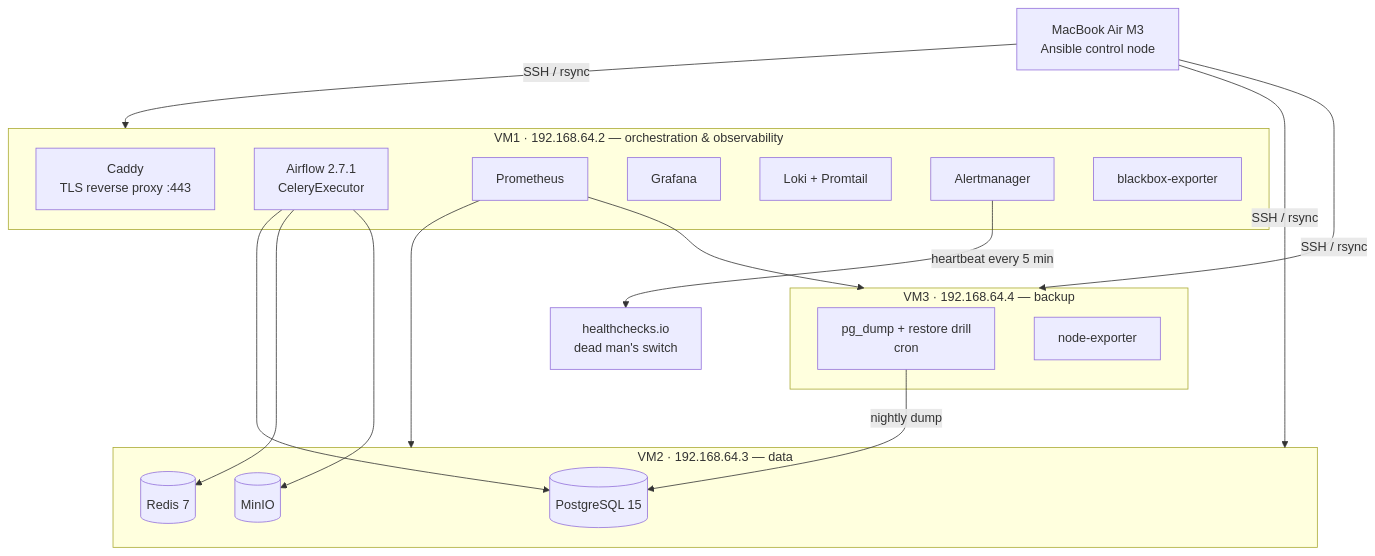
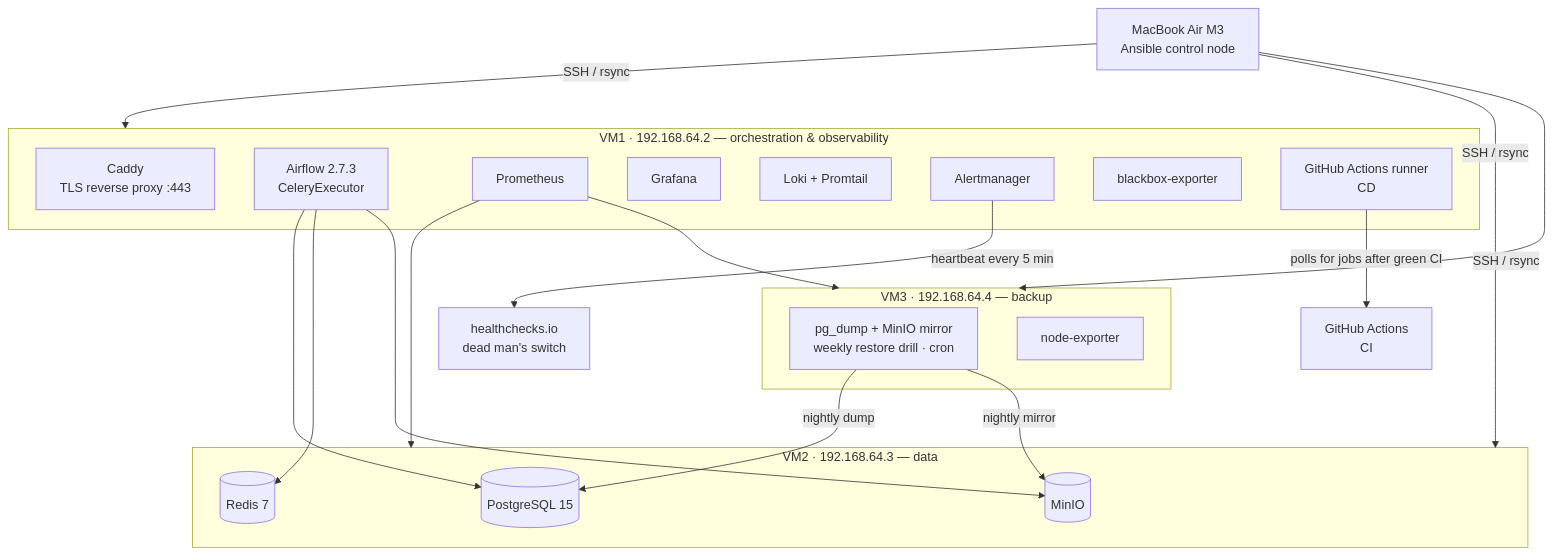
One commit to luongmaiquynh/DataOps-mini changed the diagram in README.md. Above: the diagram before and after it, drawn with Mermaid.

Commit message:
docs: cập nhật sơ đồ kiến trúc cho khớp hệ thống
Airflow 2.7.3; VM3 sao lưu cả MinIO chứ không chỉ pg_dump, kèm mũi tên
sang MinIO; thêm runner CD trên VM1 được CI xanh kích hoạt.

````diff
--- a/README.md
+++ b/README.md
@@ -32,31 +32,34 @@
 ```mermaid
 flowchart TB
     Mac["MacBook Air M3<br/>Ansible control node"]
 
     subgraph VM1["VM1 · 192.168.64.2 — orchestration & observability"]
         Caddy["Caddy<br/>TLS reverse proxy :443"]
-        AF["Airflow 2.7.1<br/>CeleryExecutor"]
+        AF["Airflow 2.7.3<br/>CeleryExecutor"]
         Prom["Prometheus"]
         Graf["Grafana"]
         Loki["Loki + Promtail"]
         AM["Alertmanager"]
         BB["blackbox-exporter"]
+        Runner["GitHub Actions runner<br/>CD"]
     end
 
     subgraph VM2["VM2 · 192.168.64.3 — data"]
         PG[("PostgreSQL 15")]
         Redis[("Redis 7")]
         Minio[("MinIO")]
     end
 
     subgraph VM3["VM3 · 192.168.64.4 — backup"]
-        Backup["pg_dump + restore drill<br/>cron"]
+        Backup["pg_dump + MinIO mirror<br/>weekly restore drill · cron"]
         NE["node-exporter"]
     end
 
     Mac -->|SSH / rsync| VM1 & VM2 & VM3
     AF --> PG & Redis & Minio
     Prom --> VM2 & VM3
     AM -->|heartbeat every 5 min| HC["healthchecks.io<br/>dead man's switch"]
     Backup -->|nightly dump| PG
+    Backup -->|nightly mirror| Minio
+    Runner -->|polls for jobs after green CI| GH["GitHub Actions<br/>CI"]
 ```
````
